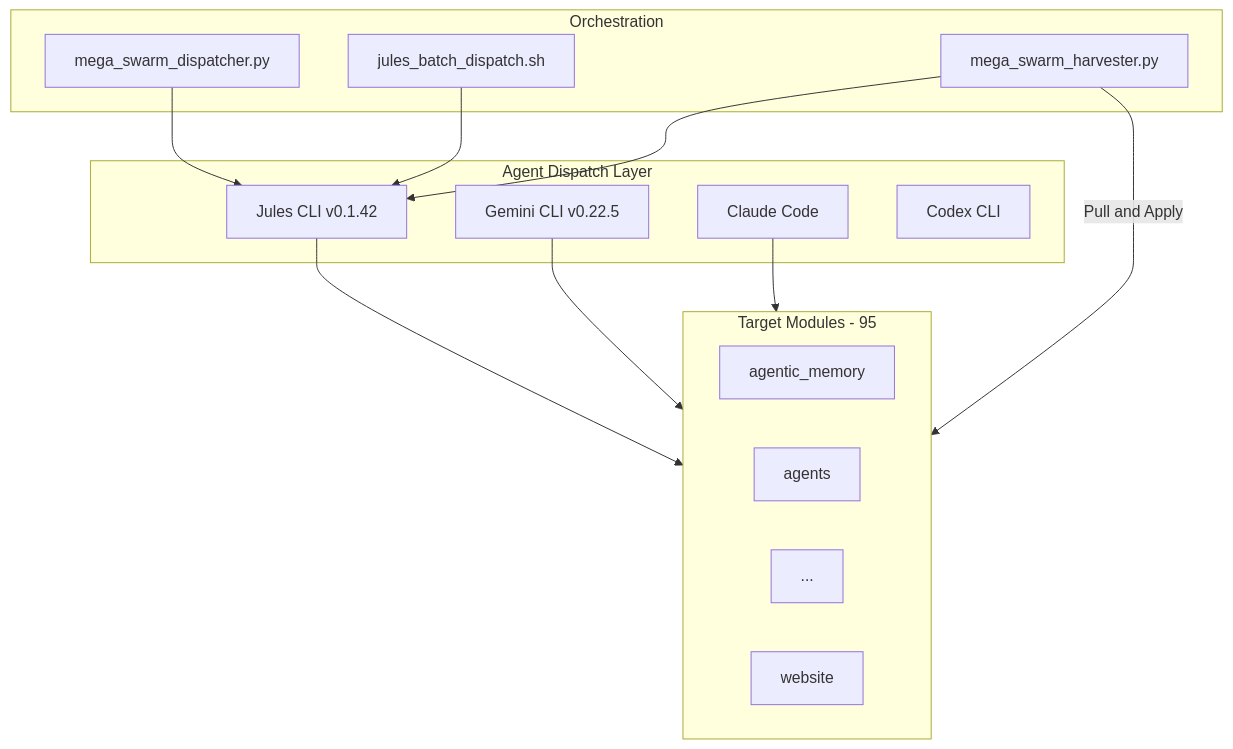
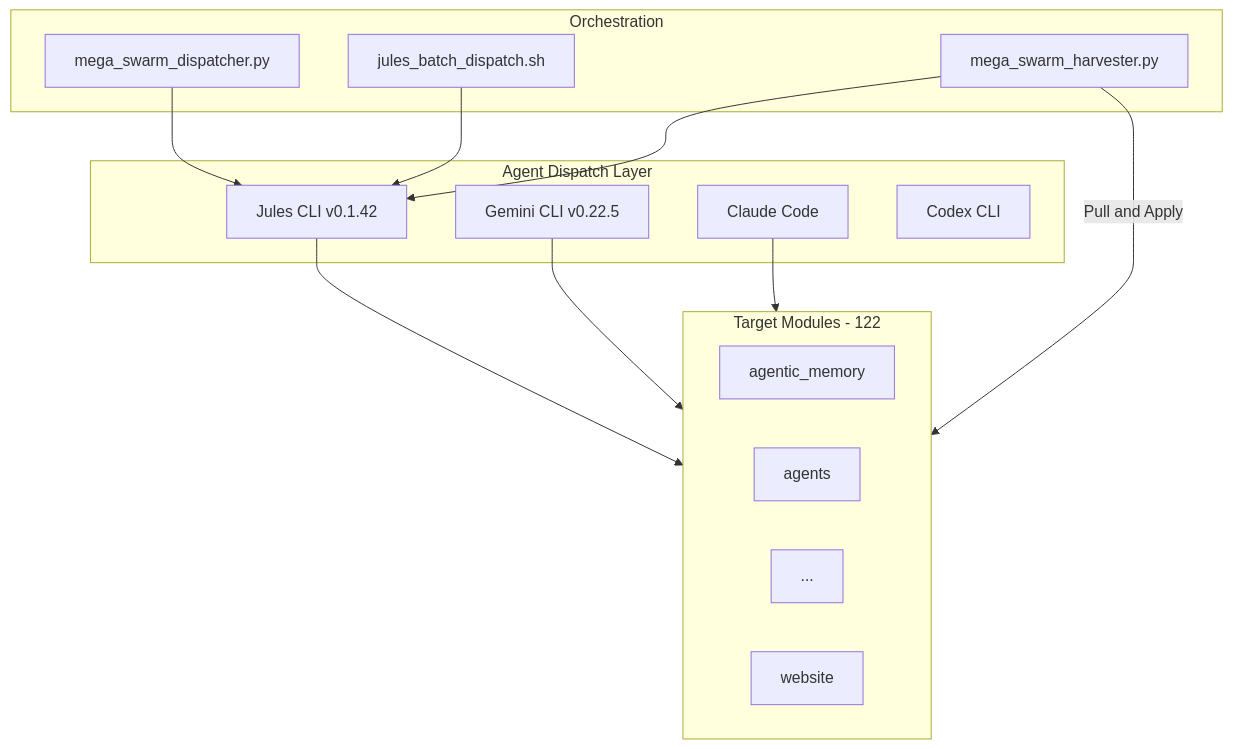
Before and after one commit to docxology/codomyrmex: the fourth of 7 diagrams in .github/README.md, drawn with Mermaid. The commit also changed other lines of this file and 61 other files, not shown here.

````diff
--- a/.github/README.md
+++ b/.github/README.md
@@ -461,30 +451,30 @@
 ```mermaid
 graph TD
     subgraph Dispatch["Agent Dispatch Layer"]
         Jules["Jules CLI v0.1.42"]
         GeminiCLI["Gemini CLI v0.22.5"]
         Claude["Claude Code"]
         Codex["Codex CLI"]
     end
 
     subgraph Orchestration["Orchestration"]
         BatchDispatch["jules_batch_dispatch.sh"]
         MegaSwarm["mega_swarm_dispatcher.py"]
         Harvester["mega_swarm_harvester.py"]
     end
 
-    subgraph Targets["Target Modules - 95"]
+    subgraph Targets["Target Modules - 122"]
         M1["agentic_memory"]
         M2["agents"]
         Mdots["..."]
         M95["website"]
     end
 
     MegaSwarm --> Jules
     BatchDispatch --> Jules
     Jules --> Targets
     GeminiCLI --> Targets
     Claude --> Targets
     Harvester --> Jules
     Harvester -->|"Pull and Apply"| Targets
 ```
````
